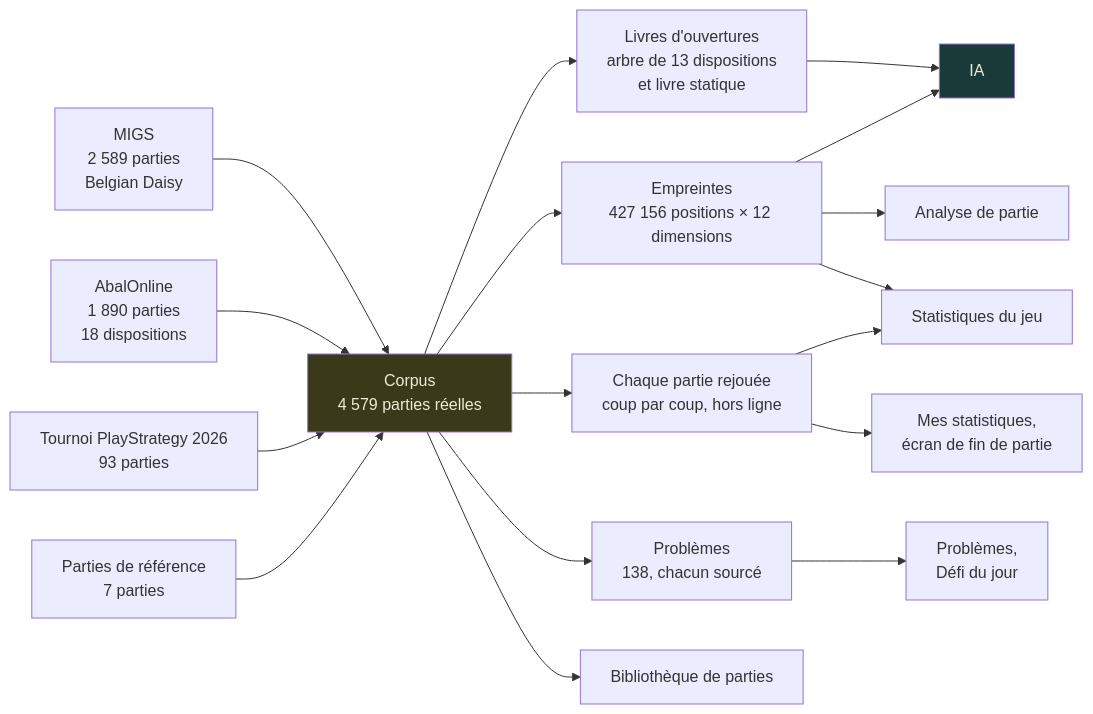
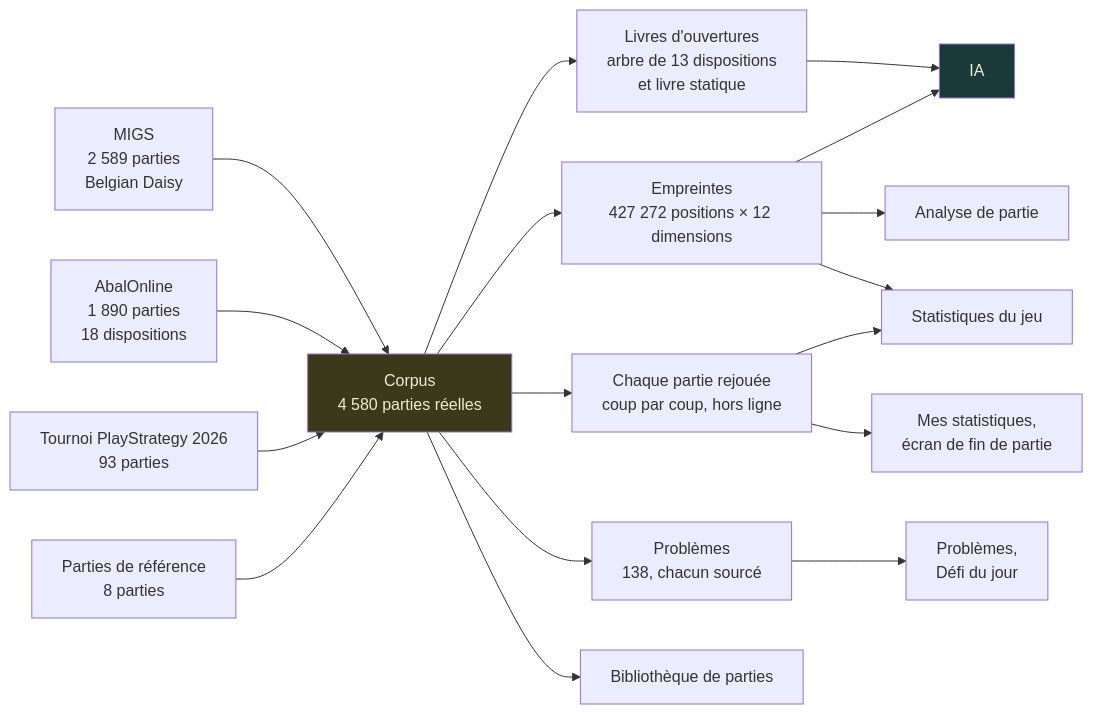
One commit to ocj94/Abalassembly changed the second of 3 diagrams in docs-fr/Architecture.fr.md. Above: the diagram before and after it, drawn with Mermaid. The commit also changed other lines of this file and 15 other files, not shown here.

````diff
--- a/docs-fr/Architecture.fr.md
+++ b/docs-fr/Architecture.fr.md
@@ -60,24 +60,24 @@
 ```mermaid
 flowchart LR
-    S1[MIGS<br/>2 589 parties<br/>Belgian Daisy] --> C[Corpus<br/>4 579 parties réelles]
+    S1[MIGS<br/>2 589 parties<br/>Belgian Daisy] --> C[Corpus<br/>4 580 parties réelles]
     S2[AbalOnline<br/>1 890 parties<br/>18 dispositions] --> C
     S3[Tournoi PlayStrategy 2026<br/>93 parties] --> C
-    S4[Parties de référence<br/>7 parties] --> C
+    S4[Parties de référence<br/>8 parties] --> C
 
     C --> O[Livres d'ouvertures<br/>arbre de 13 dispositions<br/>et livre statique]
-    C --> E[Empreintes<br/>427 156 positions × 12 dimensions]
+    C --> E[Empreintes<br/>427 272 positions × 12 dimensions]
     C --> R[Chaque partie rejouée<br/>coup par coup, hors ligne]
     C --> P[Problèmes<br/>138, chacun sourcé]
     C --> L[Bibliothèque de parties]
 
     O --> AI[IA]
     E --> AI
     E --> AN[Analyse de partie]
     E --> ST[Statistiques du jeu]
     R --> ST
     R --> MS[Mes statistiques,<br/>écran de fin de partie]
     P --> PB[Problèmes,<br/>Défi du jour]
 
     style C fill:#3a3a1a,color:#f0ead6
     style AI fill:#1a3a3a,color:#f0ead6
 ```
````
